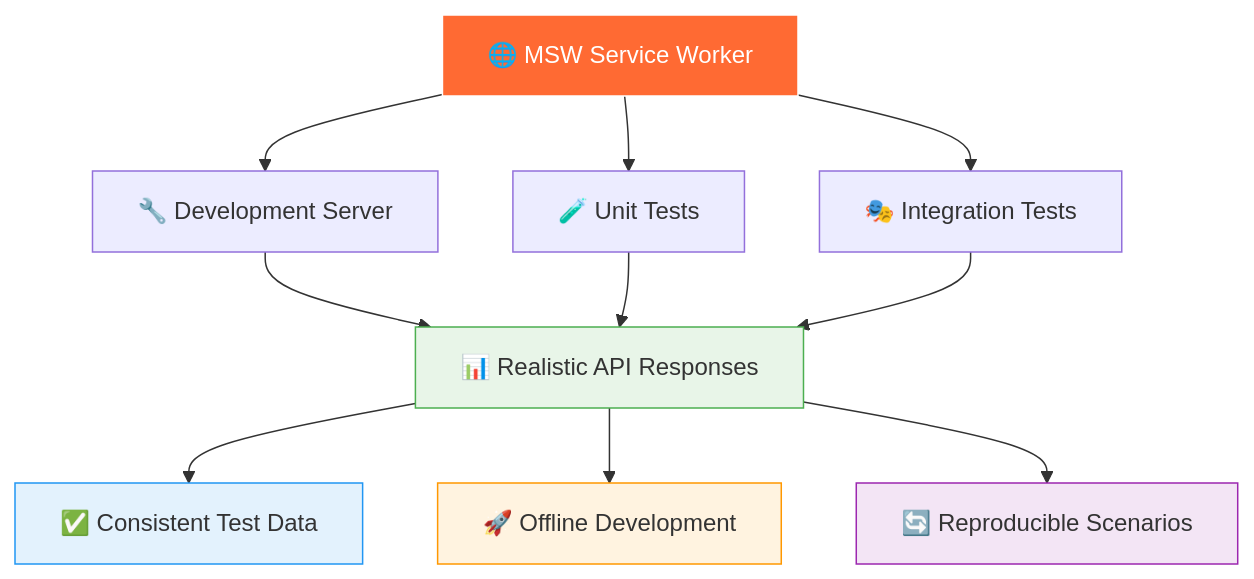
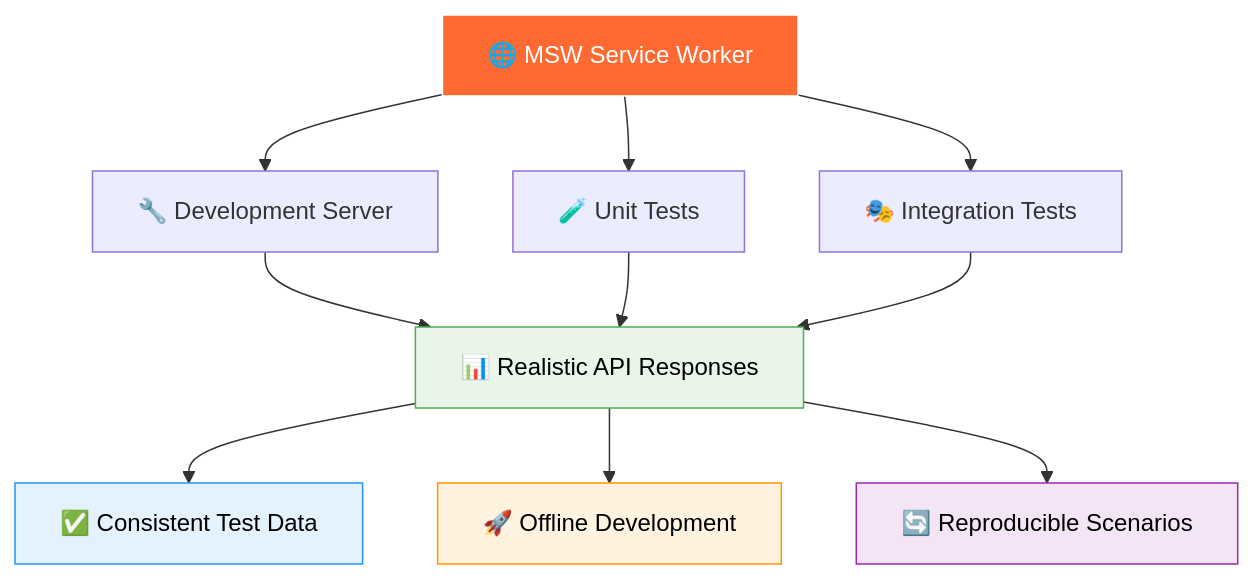
Before and after one commit to jordyvanvorselen/portfolio: the first of 3 diagrams in README.md, drawn with Mermaid. The commit also changed other lines of this file, not shown here.

````diff
--- a/README.md
+++ b/README.md
@@ -186,20 +186,20 @@
 ```mermaid
 graph TD
     A[🌐 MSW Service Worker] --> B[🔧 Development Server]
     A --> C[🧪 Unit Tests]
     A --> D[🎭 Integration Tests]
 
     B --> E[📊 Realistic API Responses]
     C --> E
     D --> E
 
     E --> F[✅ Consistent Test Data]
     E --> G[🚀 Offline Development]
     E --> H[🔄 Reproducible Scenarios]
 
     style A fill:#ff6a33,stroke:#ffffff,color:#ffffff
-    style E fill:#e8f5e8,stroke:#4caf50
-    style F fill:#e3f2fd,stroke:#2196f3
-    style G fill:#fff3e0,stroke:#ff9800
-    style H fill:#f3e5f5,stroke:#9c27b0
+    style E fill:#e8f5e8,stroke:#4caf50,color:#000000
+    style F fill:#e3f2fd,stroke:#2196f3,color:#000000
+    style G fill:#fff3e0,stroke:#ff9800,color:#000000
+    style H fill:#f3e5f5,stroke:#9c27b0,color:#000000
 ```
````
